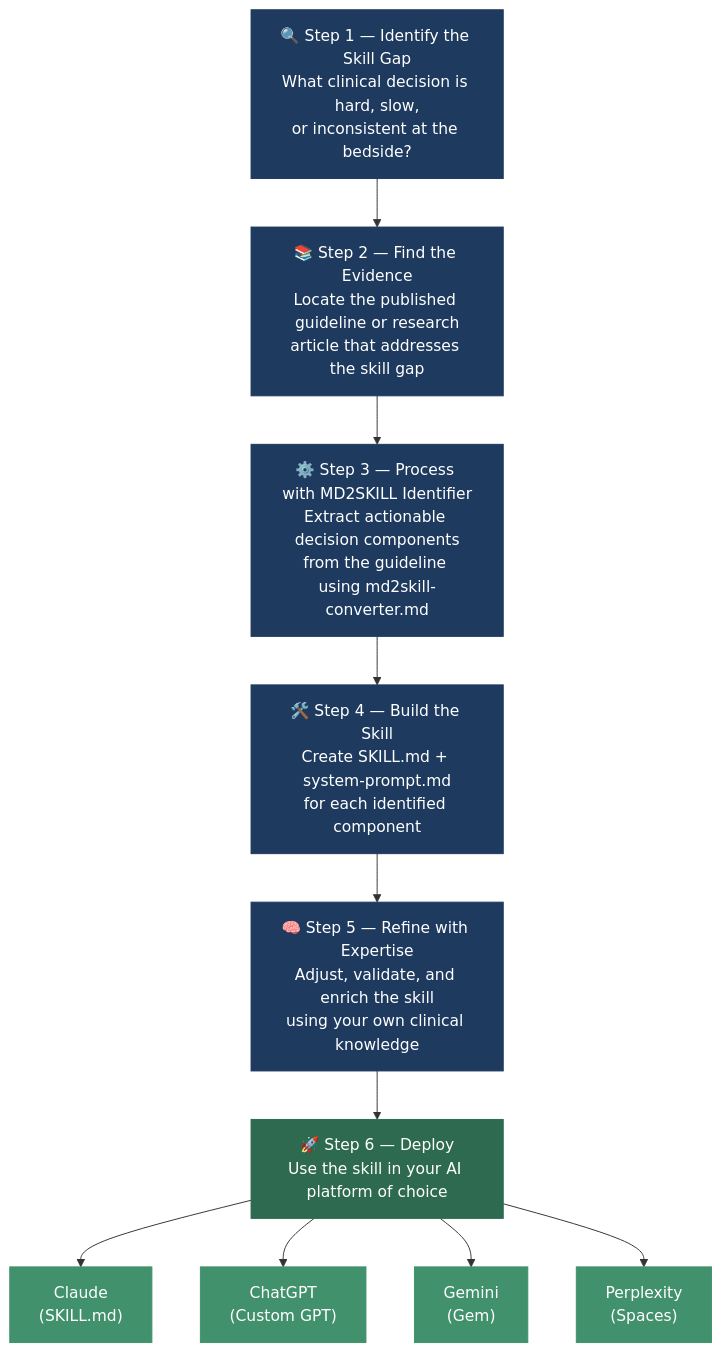
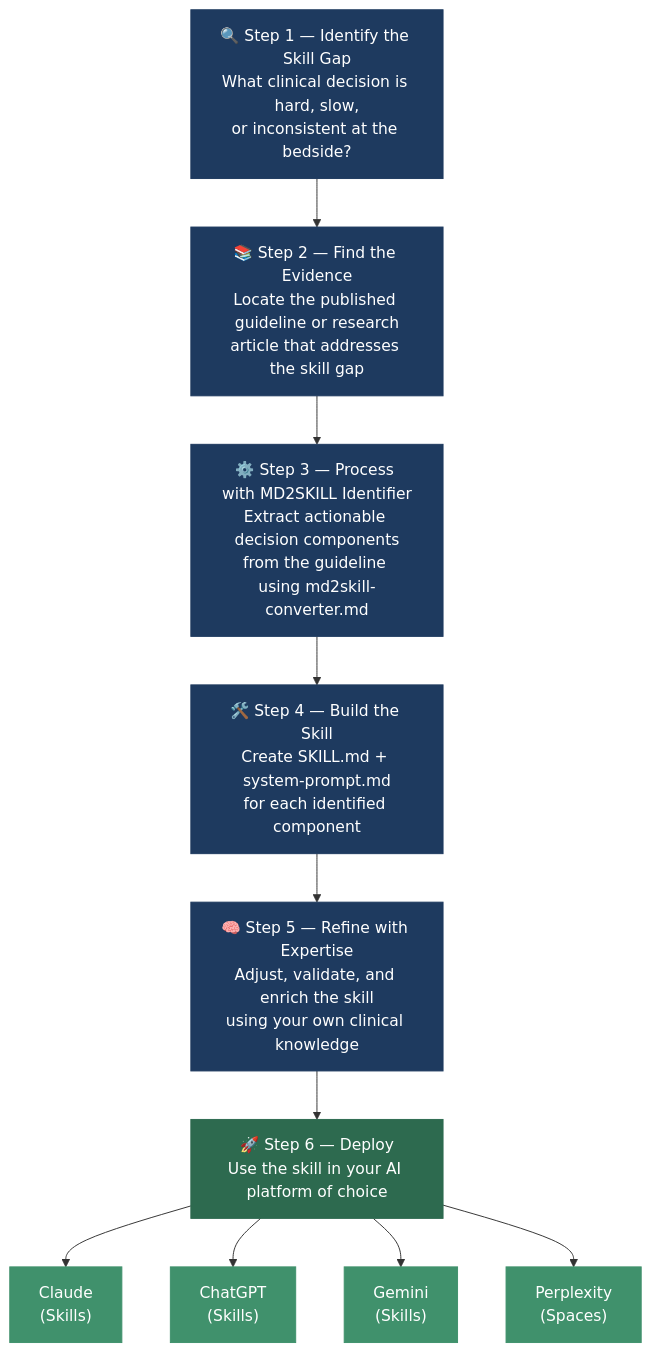
The diagram in README.md (dromlakhani/MD2SKILL), drawn with Mermaid before and after one commit. The commit also changed other lines of this file, not shown here.

First line of the commit message:
README: native SKILL.md support in ChatGPT and Gemini

````diff
--- a/README.md
+++ b/README.md
@@ -29,31 +29,31 @@
 ```mermaid
 flowchart TD
     A["🔍 Step 1 — Identify the Skill Gap\nWhat clinical decision is hard, slow,\nor inconsistent at the bedside?"]
     B["📚 Step 2 — Find the Evidence\nLocate the published guideline or research\narticle that addresses the skill gap"]
     C["⚙️ Step 3 — Process with MD2SKILL Identifier\nExtract actionable decision components\nfrom the guideline using md2skill-converter.md"]
     D["🛠️ Step 4 — Build the Skill\nCreate SKILL.md + system-prompt.md\nfor each identified component"]
     E["🧠 Step 5 — Refine with Expertise\nAdjust, validate, and enrich the skill\nusing your own clinical knowledge"]
     F["🚀 Step 6 — Deploy\nUse the skill in your AI platform of choice"]
 
     A --> B
     B --> C
     C --> D
     D --> E
     E --> F
 
-    F --> G["Claude\n(SKILL.md)"]
-    F --> H["ChatGPT\n(Custom GPT)"]
-    F --> I["Gemini\n(Gem)"]
+    F --> G["Claude\n(Skills)"]
+    F --> H["ChatGPT\n(Skills)"]
+    F --> I["Gemini\n(Skills)"]
     F --> J["Perplexity\n(Spaces)"]
 
     style A fill:#1e3a5f,color:#fff,stroke:#1e3a5f
     style B fill:#1e3a5f,color:#fff,stroke:#1e3a5f
     style C fill:#1e3a5f,color:#fff,stroke:#1e3a5f
     style D fill:#1e3a5f,color:#fff,stroke:#1e3a5f
     style E fill:#1e3a5f,color:#fff,stroke:#1e3a5f
     style F fill:#2d6a4f,color:#fff,stroke:#2d6a4f
     style G fill:#40916c,color:#fff,stroke:#40916c
     style H fill:#40916c,color:#fff,stroke:#40916c
     style I fill:#40916c,color:#fff,stroke:#40916c
     style J fill:#40916c,color:#fff,stroke:#40916c
 ```
````
